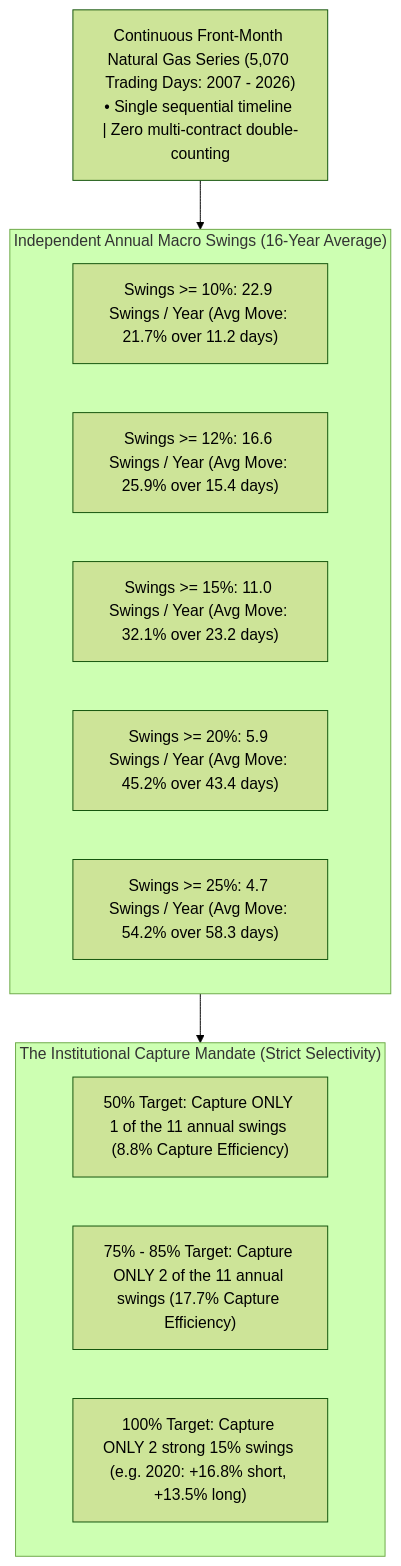
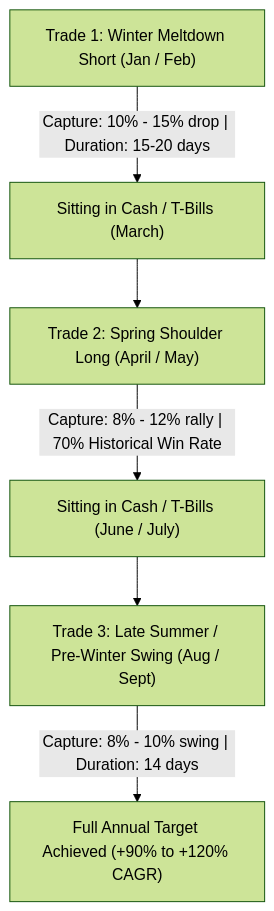
The fourth of 5 diagrams in models/execution_and_tax_validation_plan.md (yieldchaser/mcx-margins), drawn with Mermaid (forest theme) before and after one commit. The commit also changed other lines of this file, not shown here.

Commit message:
docs(plan): add empirical swing decomposition and 40-50% cash buffer sizing analysis

````diff
--- a/models/execution_and_tax_validation_plan.md
+++ b/models/execution_and_tax_validation_plan.md
@@ -500,21 +293,8 @@
 ```mermaid
 flowchart TD
-    Continuous["Continuous Front-Month Natural Gas Series (5,070 Trading Days: 2007 - 2026)<br/>• Single sequential timeline | Zero multi-contract double-counting"]
-    
-    subgraph RealSwings["Independent Annual Macro Swings (16-Year Average)"]
-        S1["Swings >= 10%: 22.9 Swings / Year (Avg Move: 21.7% over 11.2 days)"]
-        S2["Swings >= 12%: 16.6 Swings / Year (Avg Move: 25.9% over 15.4 days)"]
-        S3["Swings >= 15%: 11.0 Swings / Year (Avg Move: 32.1% over 23.2 days)"]
-        S4["Swings >= 20%: 5.9 Swings / Year (Avg Move: 45.2% over 43.4 days)"]
-        S5["Swings >= 25%: 4.7 Swings / Year (Avg Move: 54.2% over 58.3 days)"]
-    end
-    
-    subgraph Selection["The Institutional Capture Mandate (Strict Selectivity)"]
-        P1["50% Target: Capture ONLY 1 of the 11 annual swings (8.8% Capture Efficiency)"]
-        P2["75% - 85% Target: Capture ONLY 2 of the 11 annual swings (17.7% Capture Efficiency)"]
-        P3["100% Target: Capture ONLY 2 strong 15% swings (e.g. 2020: +16.8% short, +13.5% long)"]
-    end
-
-    Continuous --> RealSwings
-    RealSwings --> Selection
+    Trade1["Trade 1: Winter Meltdown Short (Jan / Feb)"] -->|"Capture: 10% - 15% drop | Duration: 15-20 days"| Sleep1["Sitting in Cash / T-Bills (March)"]
+    Sleep1 --> Trade2["Trade 2: Spring Shoulder Long (April / May)"]
+    Trade2 -->|"Capture: 8% - 12% rally | 70% Historical Win Rate"| Sleep2["Sitting in Cash / T-Bills (June / July)"]
+    Sleep2 --> Trade3["Trade 3: Late Summer / Pre-Winter Swing (Aug / Sept)"]
+    Trade3 -->|"Capture: 8% - 10% swing | Duration: 14 days"| AnnualTarget["Full Annual Target Achieved (+90% to +120% CAGR)"]
 ```
````
